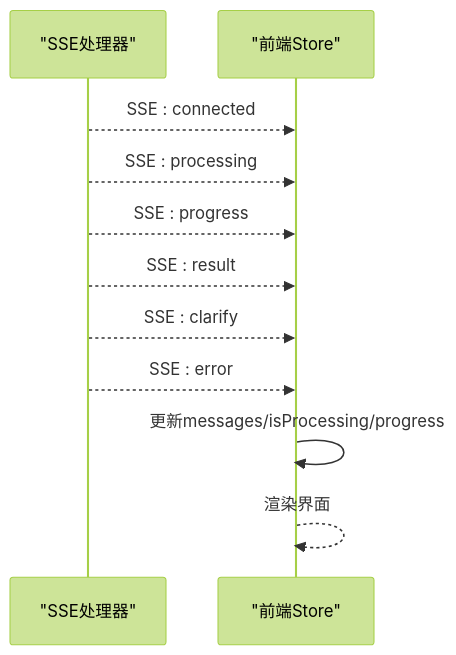
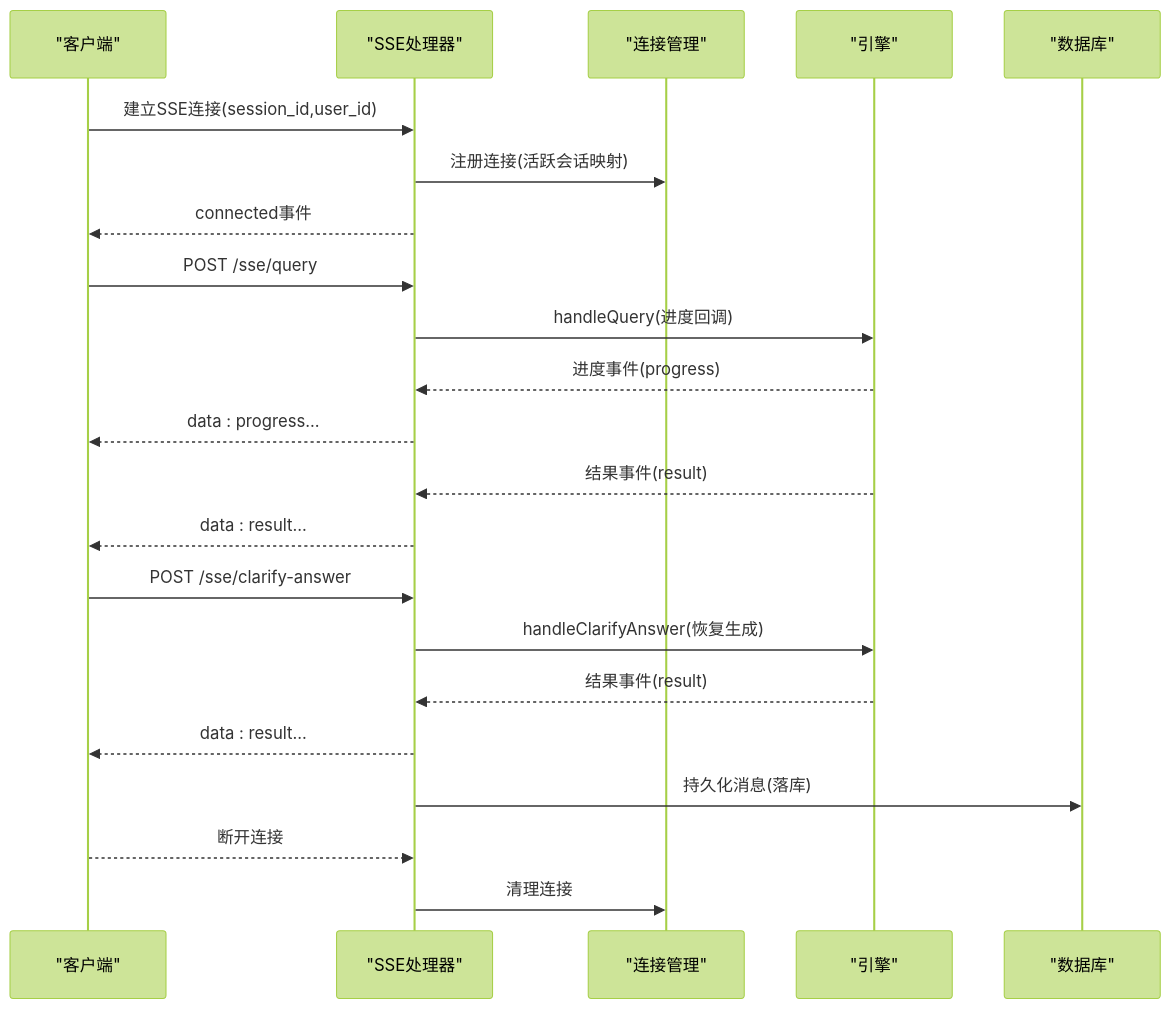
Before and after one commit to HanHuiOnLine/724-office: the fifth of 8 diagrams in NL2SQL/.qoder/repowiki/zh/content/系统架构/数据流设计.md, drawn with Mermaid (forest theme). The commit also changed other lines of this file and 203 other files, not shown here.

````diff
--- a/NL2SQL/.qoder/repowiki/zh/content/系统架构/数据流设计.md
+++ b/NL2SQL/.qoder/repowiki/zh/content/系统架构/数据流设计.md
@@ -236,13 +220,24 @@
 ```mermaid
 sequenceDiagram
+participant Client as "客户端"
 participant SSE as "SSE处理器"
-participant FE as "前端Store"
-SSE-->>FE : SSE : connected
-SSE-->>FE : SSE : processing
-SSE-->>FE : SSE : progress
-SSE-->>FE : SSE : result
-SSE-->>FE : SSE : clarify
-SSE-->>FE : SSE : error
-FE->>FE : 更新messages/isProcessing/progress
-FE-->>FE : 渲染界面
+participant Conn as "连接管理"
+participant Engine as "引擎"
+participant DB as "数据库"
+Client->>SSE : 建立SSE连接(session_id,user_id)
+SSE->>Conn : 注册连接(活跃会话映射)
+SSE-->>Client : connected事件
+Client->>SSE : POST /sse/query
+SSE->>Engine : handleQuery(进度回调)
+Engine-->>SSE : 进度事件(progress)
+SSE-->>Client : data : progress...
+Engine-->>SSE : 结果事件(result)
+SSE-->>Client : data : result...
+Client->>SSE : POST /sse/clarify-answer
+SSE->>Engine : handleClarifyAnswer(恢复生成)
+Engine-->>SSE : 结果事件(result)
+SSE-->>Client : data : result...
+SSE->>DB : 持久化消息(落库)
+Client-->>SSE : 断开连接
+SSE->>Conn : 清理连接
 ```
````
